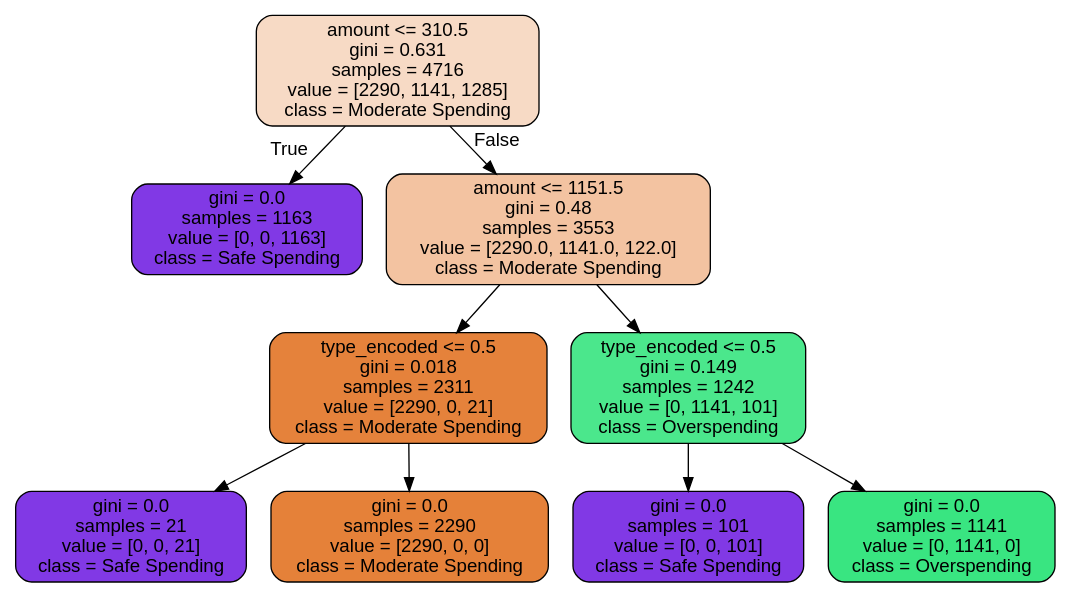
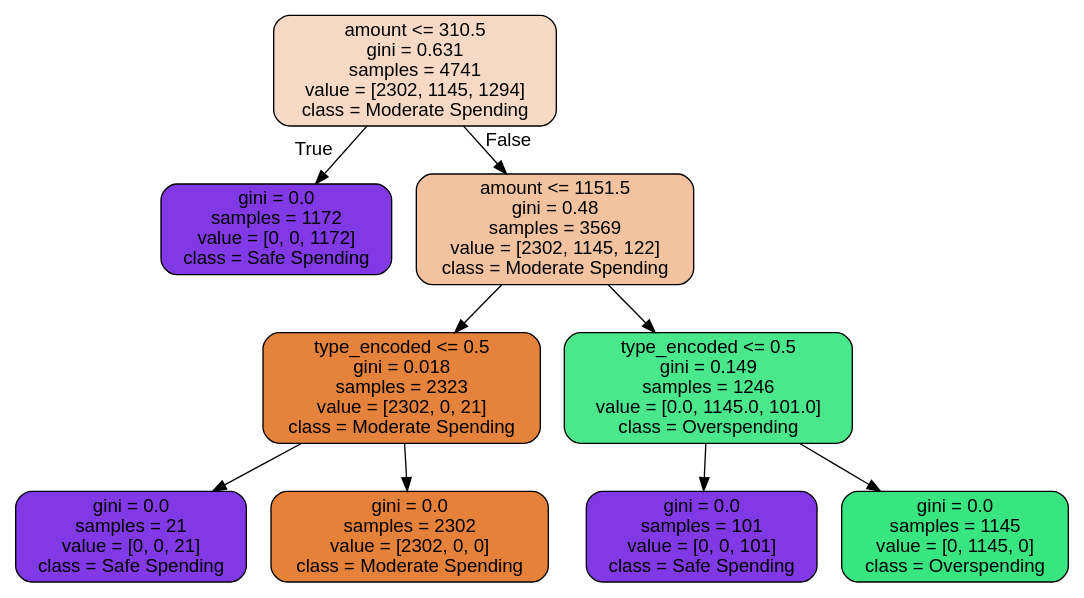
The diagram in backend/model_artifacts/decision_tree_1.dot (varadb2006/SmartSpend-AI), drawn with Graphviz before and after one commit. The commit also changed 14 other files, not shown here.

```diff
--- a/backend/model_artifacts/decision_tree_1.dot
+++ b/backend/model_artifacts/decision_tree_1.dot
@@ -1,21 +1,21 @@
 digraph Tree {
 node [shape=box, style="filled, rounded", color="black", fontname="helvetica"] ;
 edge [fontname="helvetica"] ;
-0 [label="amount <= 310.5\ngini = 0.631\nsamples = 4716\nvalue = [2290, 1141, 1285]\nclass = Moderate Spending", fillcolor="#f7dac5"] ;
-1 [label="gini = 0.0\nsamples = 1163\nvalue = [0, 0, 1163]\nclass = Safe Spending", fillcolor="#8139e5"] ;
+0 [label="amount <= 310.5\ngini = 0.631\nsamples = 4741\nvalue = [2302, 1145, 1294]\nclass = Moderate Spending", fillcolor="#f7dac5"] ;
+1 [label="gini = 0.0\nsamples = 1172\nvalue = [0, 0, 1172]\nclass = Safe Spending", fillcolor="#8139e5"] ;
 0 -> 1 [labeldistance=2.5, labelangle=45, headlabel="True"] ;
-2 [label="amount <= 1151.5\ngini = 0.48\nsamples = 3553\nvalue = [2290.0, 1141.0, 122.0]\nclass = Moderate Spending", fillcolor="#f3c3a1"] ;
+2 [label="amount <= 1151.5\ngini = 0.48\nsamples = 3569\nvalue = [2302, 1145, 122]\nclass = Moderate Spending", fillcolor="#f3c3a0"] ;
 0 -> 2 [labeldistance=2.5, labelangle=-45, headlabel="False"] ;
-3 [label="type_encoded <= 0.5\ngini = 0.018\nsamples = 2311\nvalue = [2290, 0, 21]\nclass = Moderate Spending", fillcolor="#e5823b"] ;
+3 [label="type_encoded <= 0.5\ngini = 0.018\nsamples = 2323\nvalue = [2302, 0, 21]\nclass = Moderate Spending", fillcolor="#e5823b"] ;
 2 -> 3 ;
 4 [label="gini = 0.0\nsamples = 21\nvalue = [0, 0, 21]\nclass = Safe Spending", fillcolor="#8139e5"] ;
 3 -> 4 ;
-5 [label="gini = 0.0\nsamples = 2290\nvalue = [2290, 0, 0]\nclass = Moderate Spending", fillcolor="#e58139"] ;
+5 [label="gini = 0.0\nsamples = 2302\nvalue = [2302, 0, 0]\nclass = Moderate Spending", fillcolor="#e58139"] ;
 3 -> 5 ;
-6 [label="type_encoded <= 0.5\ngini = 0.149\nsamples = 1242\nvalue = [0, 1141, 101]\nclass = Overspending", fillcolor="#4be78c"] ;
+6 [label="type_encoded <= 0.5\ngini = 0.149\nsamples = 1246\nvalue = [0.0, 1145.0, 101.0]\nclass = Overspending", fillcolor="#4ae78c"] ;
 2 -> 6 ;
 7 [label="gini = 0.0\nsamples = 101\nvalue = [0, 0, 101]\nclass = Safe Spending", fillcolor="#8139e5"] ;
 6 -> 7 ;
-8 [label="gini = 0.0\nsamples = 1141\nvalue = [0, 1141, 0]\nclass = Overspending", fillcolor="#39e581"] ;
+8 [label="gini = 0.0\nsamples = 1145\nvalue = [0, 1145, 0]\nclass = Overspending", fillcolor="#39e581"] ;
 6 -> 8 ;
 }
```
